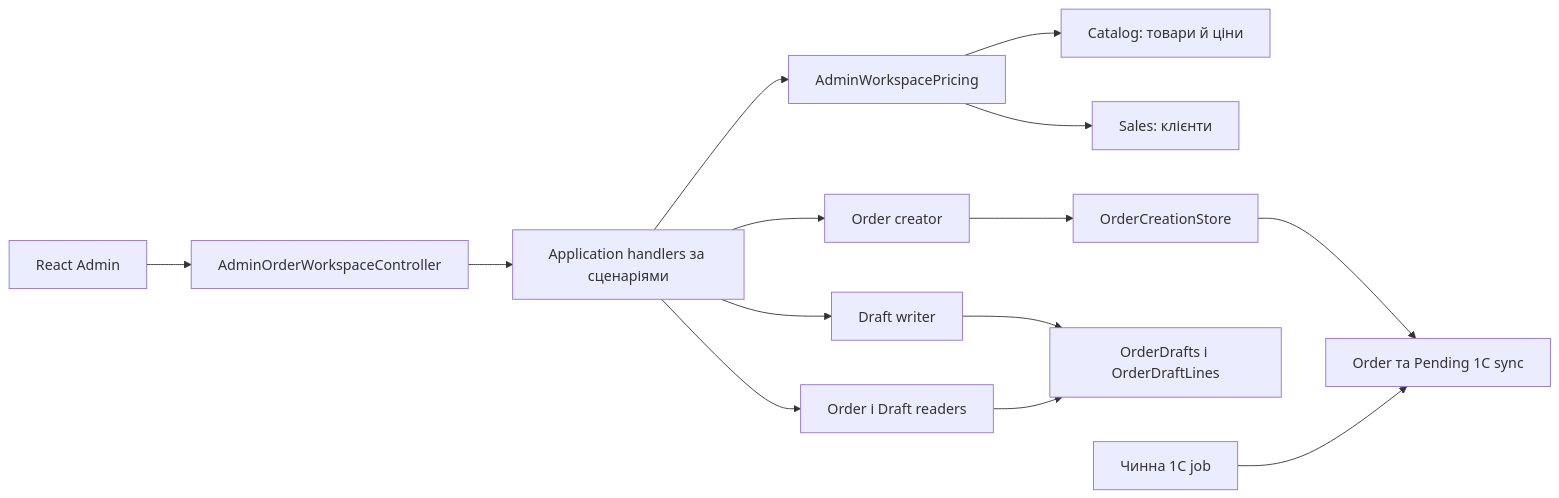
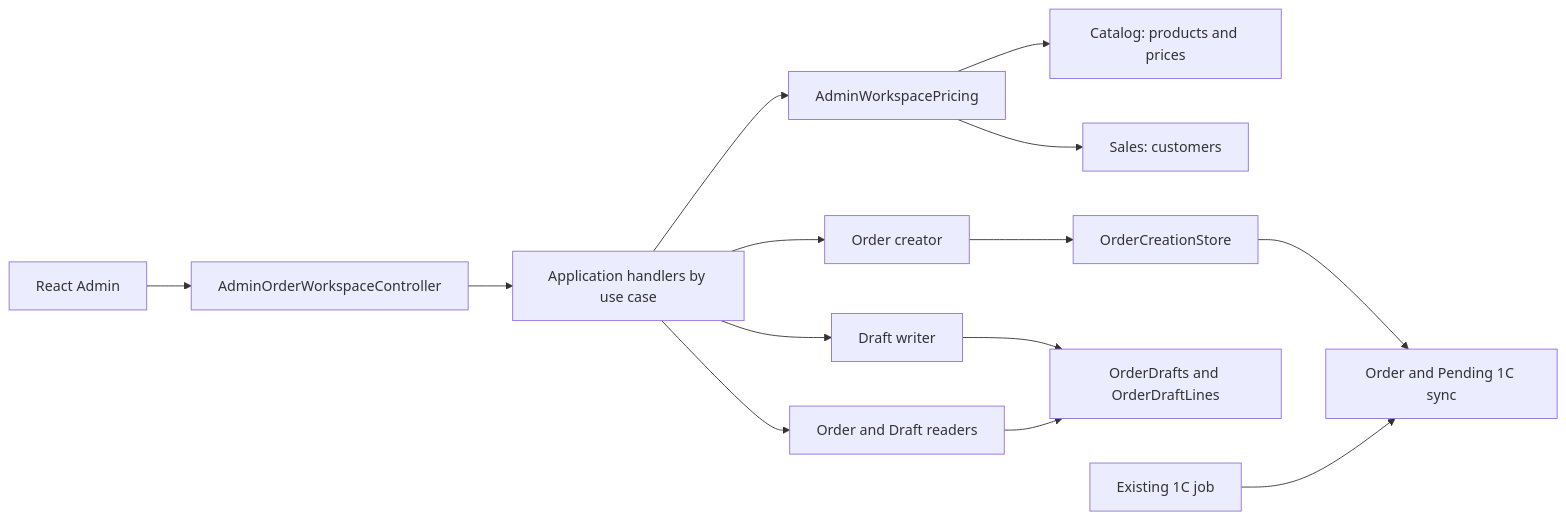
One commit to Weretik/KedrStore changed the diagram in docs/sdd/features/sales/admin-order-workspace.md. Above: the diagram before and after it, drawn with Mermaid. The commit also changed other lines of this file and 83 other files, not shown here.

Commit message:
docs(kedr): reconcile architecture and delivery guidance

````diff
--- a/docs/sdd/features/sales/admin-order-workspace.md
+++ b/docs/sdd/features/sales/admin-order-workspace.md
@@ -11,16 +11,16 @@
 ```mermaid
 flowchart LR
     Admin[React Admin] --> Controller[AdminOrderWorkspaceController]
-    Controller --> Handlers[Application handlers за сценаріями]
-    Handlers --> Readers[Order і Draft readers]
+    Controller --> Handlers[Application handlers by use case]
+    Handlers --> Readers[Order and Draft readers]
     Handlers --> Creator[Order creator]
     Handlers --> DraftWriter[Draft writer]
     Handlers --> Pricing[AdminWorkspacePricing]
-    Pricing --> Catalog[Catalog: товари й ціни]
-    Pricing --> Customers[Sales: клієнти]
+    Pricing --> Catalog[Catalog: products and prices]
+    Pricing --> Customers[Sales: customers]
     Creator --> Orders[OrderCreationStore]
-    Orders --> Order[Order та Pending 1C sync]
-    DraftWriter --> DraftTables[OrderDrafts і OrderDraftLines]
+    Orders --> Order[Order and Pending 1C sync]
+    DraftWriter --> DraftTables[OrderDrafts and OrderDraftLines]
     Readers --> DraftTables
-    Sync[Чинна 1C job] --> Order
+    Sync[Existing 1C job] --> Order
 ```
````
